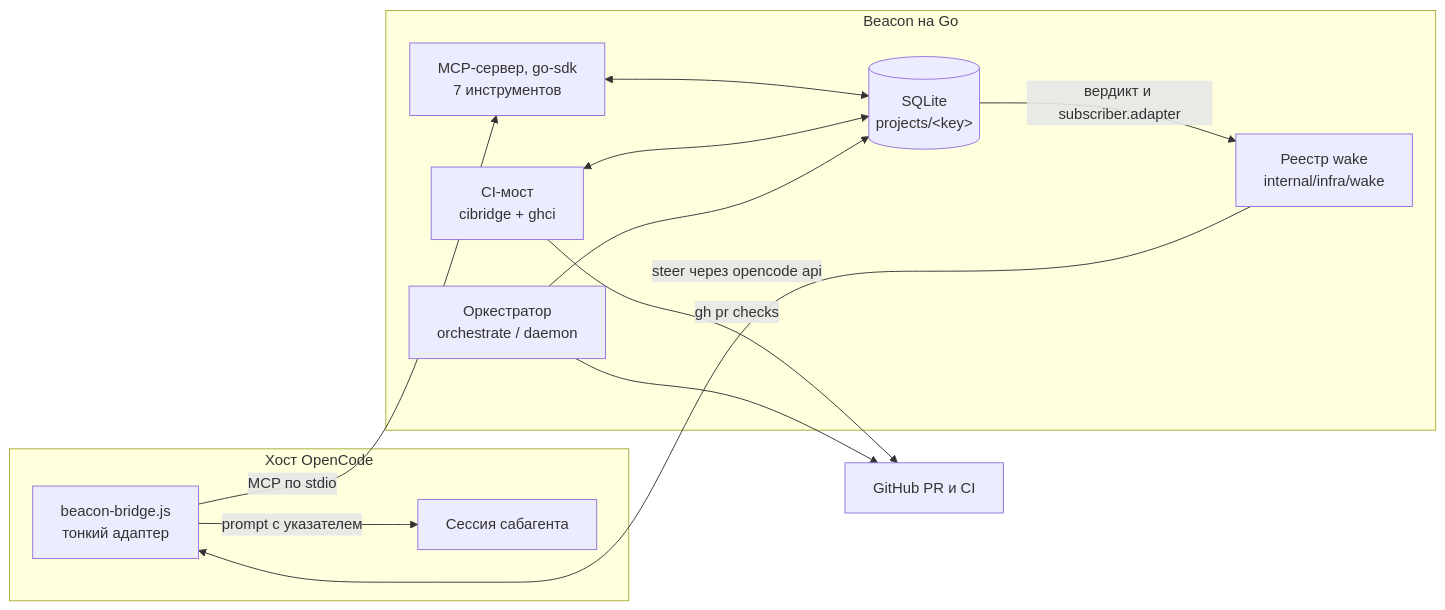
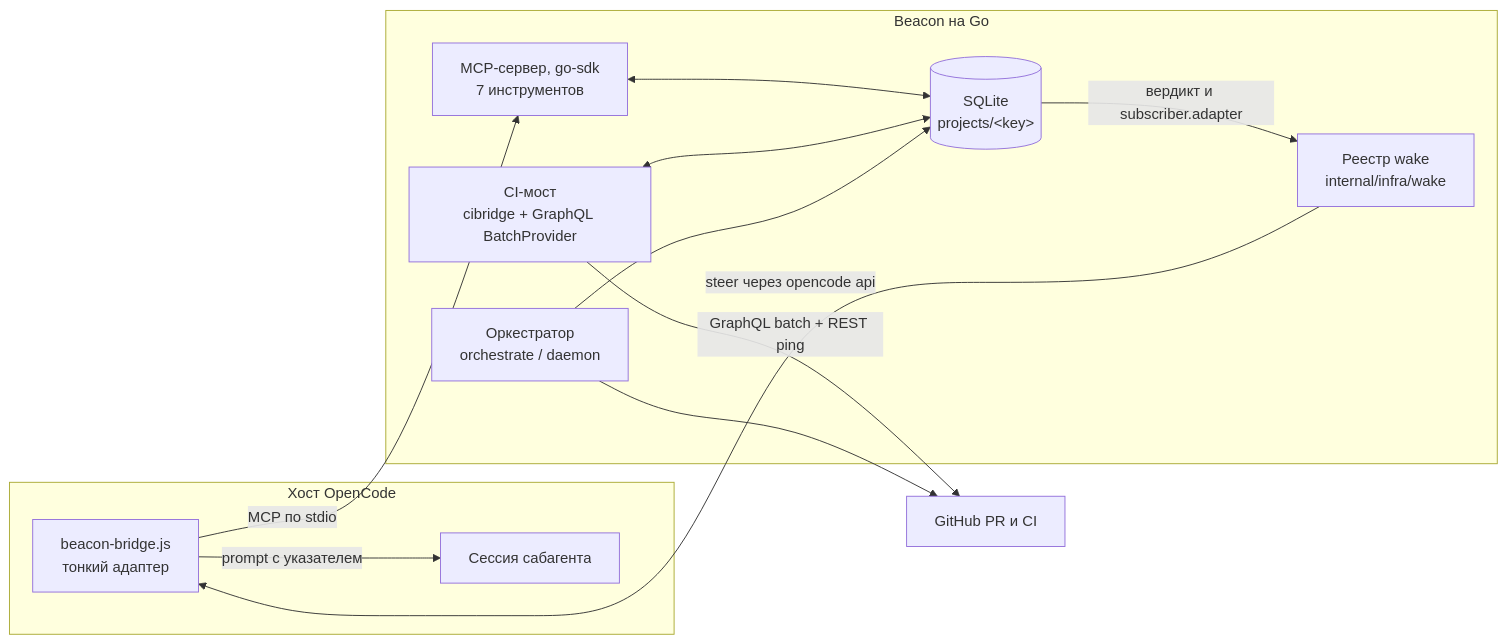
Before and after one commit to refusedguy/beacon: the first of 3 diagrams in README.md, drawn with Mermaid. The commit also changed other lines of this file and 1 other file, not shown here.

````diff
--- a/README.md
+++ b/README.md
@@ -15,25 +15,25 @@
 ```mermaid
 flowchart LR
     subgraph Host["Хост OpenCode"]
         Plugin["beacon-bridge.js<br/>тонкий адаптер"]
         Session["Сессия сабагента"]
     end
     subgraph Beacon["Beacon на Go"]
         MCP["MCP-сервер, go-sdk<br/>7 инструментов"]
         Store[("SQLite<br/>projects/&lt;key&gt;")]
-        CI["CI-мост<br/>cibridge + ghci"]
+        CI["CI-мост<br/>cibridge + GraphQL BatchProvider"]
         Wake["Реестр wake<br/>internal/infra/wake"]
         Orch["Оркестратор<br/>orchestrate / daemon"]
     end
     GH["GitHub PR и CI"]
 
     Plugin -->|"MCP по stdio"| MCP
     MCP <--> Store
     CI <--> Store
-    CI -->|"gh pr checks"| GH
+    CI -->|"GraphQL batch + REST ping"| GH
     Orch --> Store
     Orch --> GH
     Store -->|"вердикт и subscriber.adapter"| Wake
     Wake -->|"steer через opencode api"| Plugin
     Plugin -->|"prompt с указателем"| Session
 ```
````
